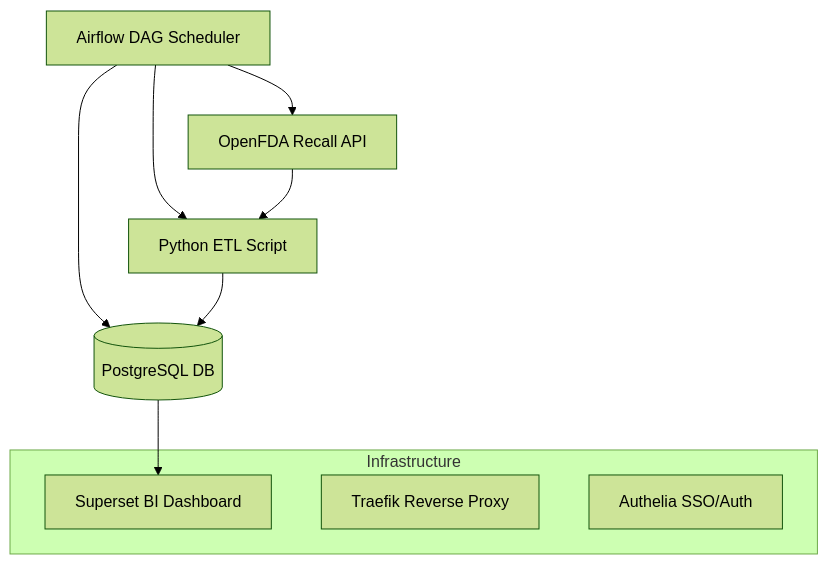
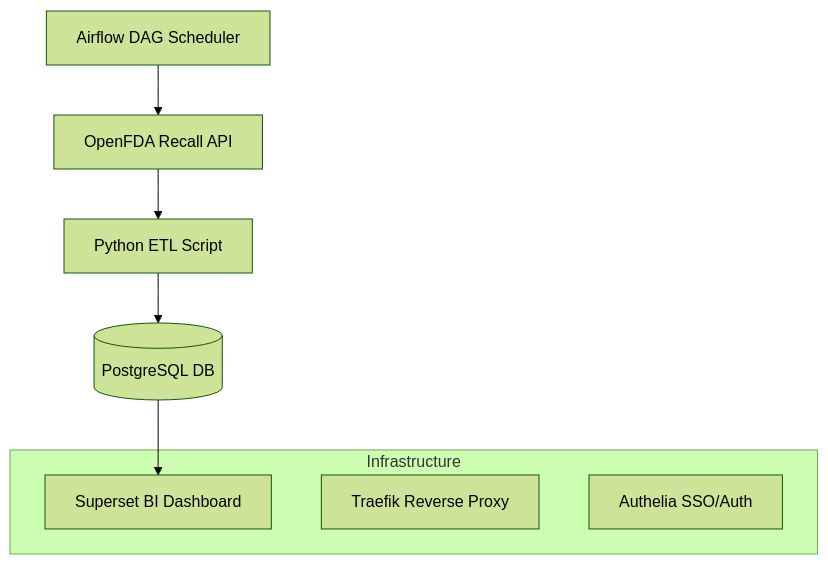
Before and after one commit to azra3l05/fda-recall-dashboard: the first of 2 diagrams in README.md, drawn with Mermaid (forest theme).

````diff
--- a/README.md
+++ b/README.md
@@ -29,16 +29,14 @@
 ```mermaid
 graph TD;
     API[OpenFDA Recall API]
     Airflow[Airflow DAG Scheduler] --> API
-    Airflow[Airflow DAG Scheduler] --> fetch
-    Airflow[Airflow DAG Scheduler] --> Postgres
     API --> fetch[Python ETL Script]
     fetch --> Postgres[(PostgreSQL DB)]
     Postgres --> Superset[Superset BI Dashboard]
 
     subgraph Infrastructure
         Superset
         Traefik[Traefik Reverse Proxy]
         Authelia[Authelia SSO/Auth]
     end
 ```
````
